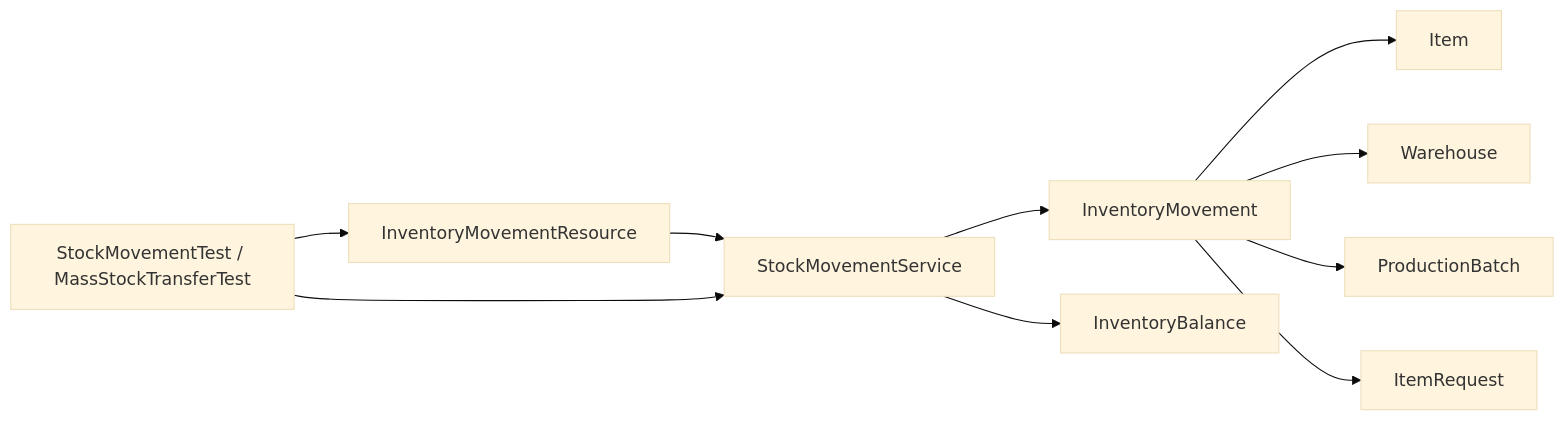
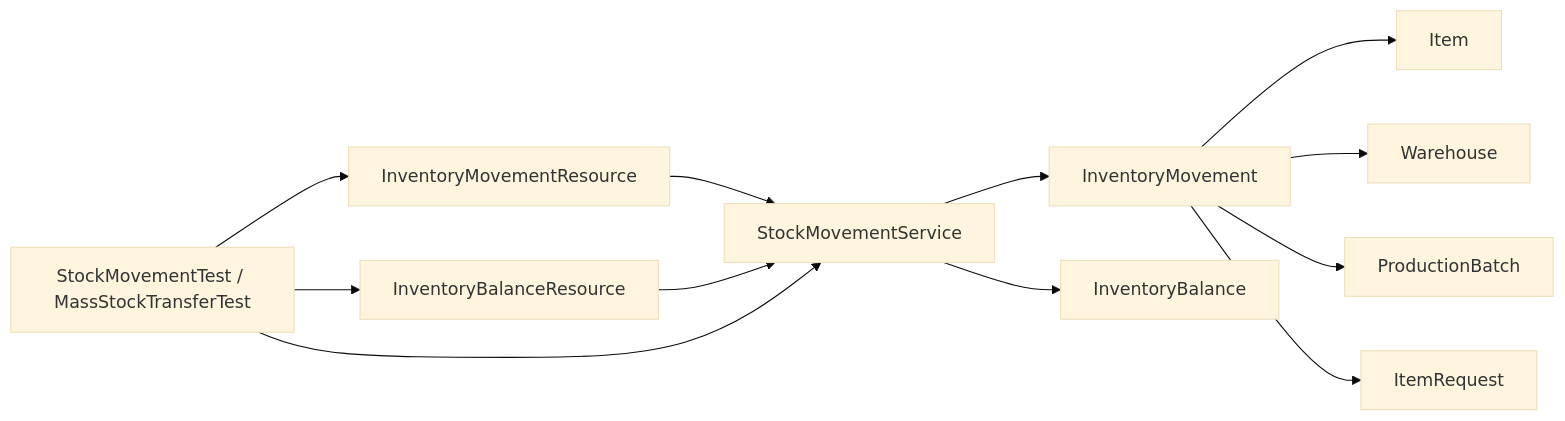
One commit to Dikksap/laravel_RsvHelmet changed the tenth of 10 diagrams in .qoder/repowiki/en/content/Core Modules/Inventory Management/Inventory Movement Processing.md. Above: the diagram before and after it, drawn with Mermaid (base theme). The commit also changed other lines of this file and 129 other files, not shown here.

````diff
--- a/.qoder/repowiki/en/content/Core Modules/Inventory Management/Inventory Movement Processing.md
+++ b/.qoder/repowiki/en/content/Core Modules/Inventory Management/Inventory Movement Processing.md
@@ -402,12 +437,14 @@
 ```mermaid
 graph LR
 Resource["InventoryMovementResource"] --> Service["StockMovementService"]
+BulkResource["InventoryBalanceResource"] --> Service
 Service --> Movement["InventoryMovement"]
 Service --> Balance["InventoryBalance"]
 Movement --> Item["Item"]
 Movement --> Warehouse["Warehouse"]
 Movement --> Batch["ProductionBatch"]
 Movement --> Request["ItemRequest"]
 Tests["StockMovementTest / MassStockTransferTest"] --> Service
 Tests --> Resource
+Tests --> BulkResource
 ```
````
